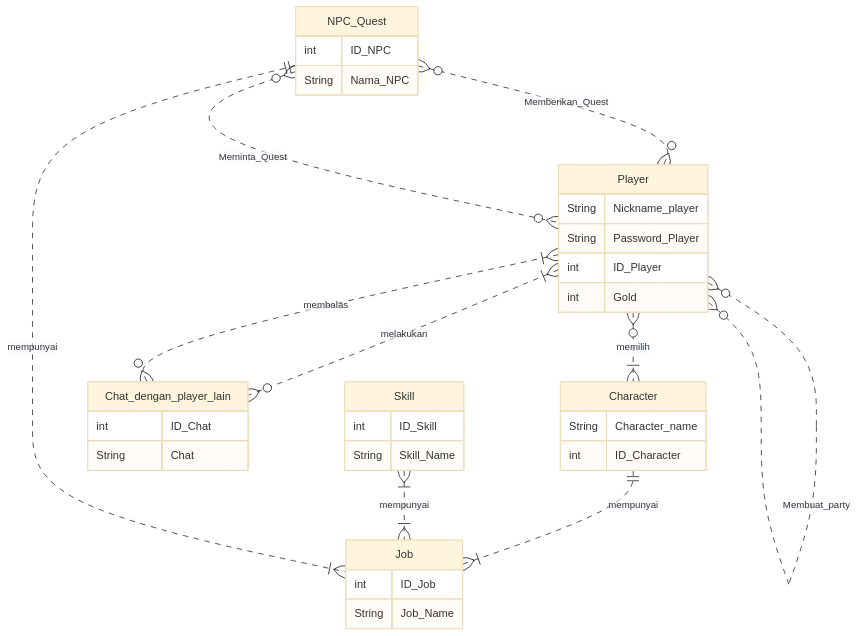
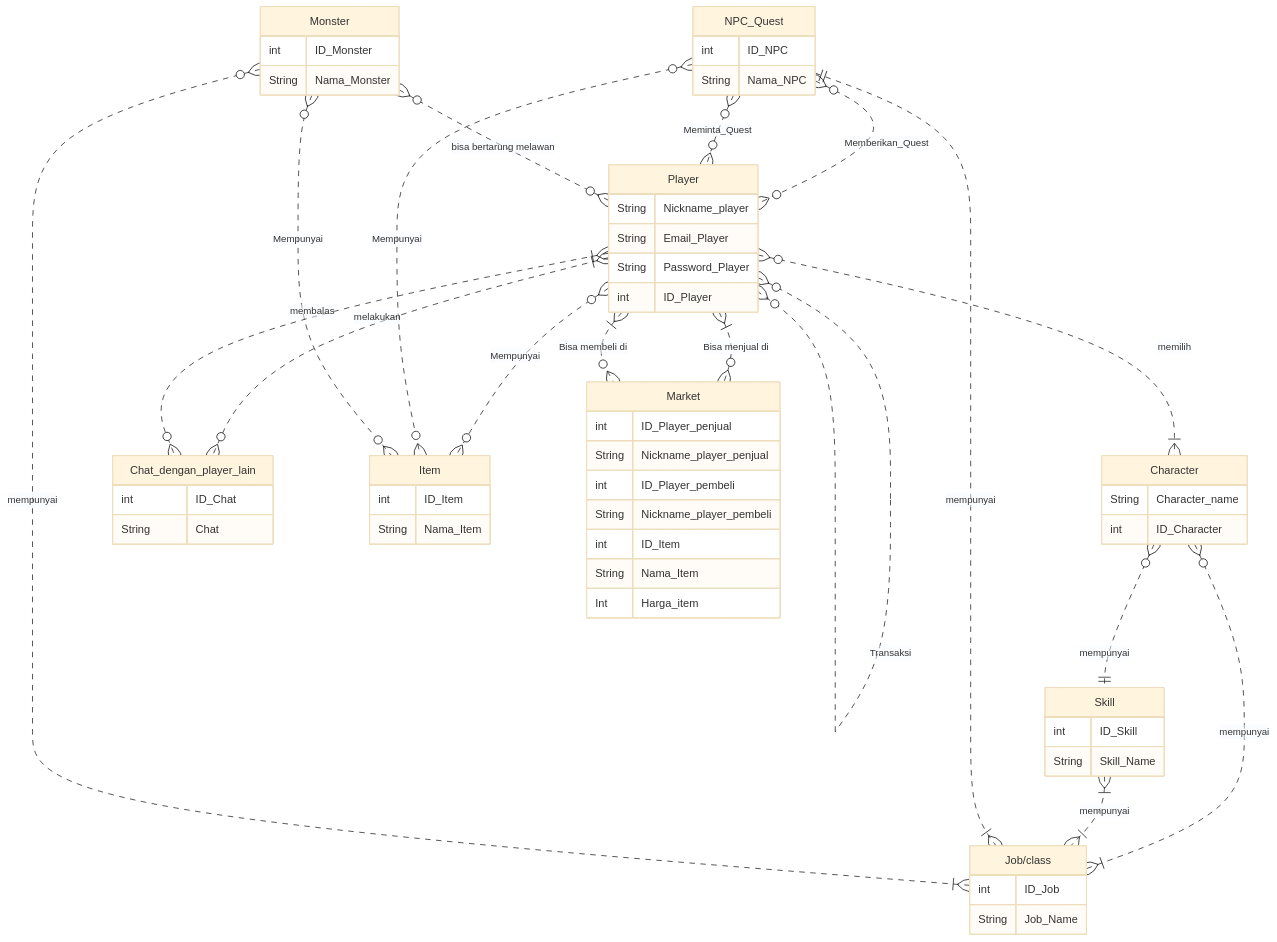
One commit to Nandzack25/Nandzack25 changed the diagram in tugas pengenalan if.md. Above: the diagram before and after it, drawn with Mermaid (base theme). The commit also changed other lines of this file, not shown here.

Commit message:
Update tugas pengenalan if.md

````diff
--- a/tugas pengenalan if.md
+++ b/tugas pengenalan if.md
@@ -76,53 +84,76 @@
 ```mermaid
 erDiagram
     
     Player{
         String  Nickname_player
+        String  Email_Player
         String  Password_Player
         int     ID_Player
-        int     Gold
-
-
     }
     Character{
         String Character_name
         int ID_Character
     }
-    Job{
+    "Job/class"{
         int ID_Job
         String Job_Name
     }
     Chat_dengan_player_lain{
         int ID_Chat 
         String  Chat 
 
     }
     Skill{
         int ID_Skill
         String Skill_Name
     }
     NPC_Quest{
         int ID_NPC
         String Nama_NPC
-
     }
-    
+    Monster{
+        int ID_Monster
+        String Nama_Monster
+    }
+    Item{
+        int ID_Item
+        String Nama_Item
+    }
+    Market{
+        int ID_Player_penjual
+        String Nickname_player_penjual
+        int ID_Player_pembeli
+        String Nickname_player_pembeli
+        int ID_Item
+        String Nama_Item
+        Int Harga_item
+    }
 
 
 
 
     Player }o..o{ Player: Berteman
     Player }o..|{ Character: memilih
-    Character ||..|{ Job: mempunyai
+    Character }o..|{ "Job/class": mempunyai
     Player }|..o{ Chat_dengan_player_lain : melakukan
     Player }|..o{ Chat_dengan_player_lain : membalas
-    Skill }|..|{ Job: mempunyai
+    Skill }|..|{ "Job/class": mempunyai
     Player }o..o{ Player: Melakukan_PvP
     Player }o..o{ Player: Membuat_party
-    NPC_Quest||..|{ Job: mempunyai
+    NPC_Quest||..|{ "Job/class": mempunyai
     NPC_Quest}o..o{ Player: Memberikan_Quest
-     NPC_Quest}o..o{ Player: Meminta_Quest
+    NPC_Quest}o..o{ Player: Meminta_Quest
+    Monster}o..o{ Player: "bisa bertarung melawan"
+    Monster}o..|{ "Job/class": mempunyai
+    Player }o..o{ Item: Mempunyai
+    NPC_Quest }o..o{ Item: Mempunyai
+    Monster }o..o{ Item: Mempunyai
+    Player }|..o{ Market: "Bisa menjual di" 
+    Player }|..o{ Market: "Bisa membeli di" 
+    Player }o..o{ Player: Transaksi
+    Character }o..|| Skill: mempunyai
+    
 
 
 
 ```
````
